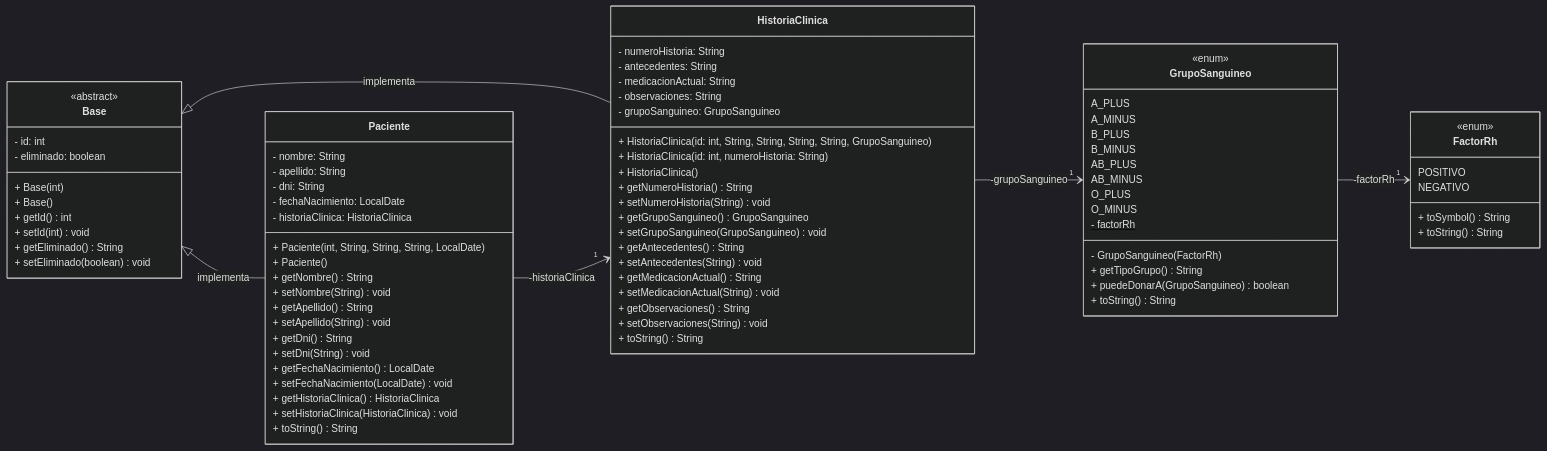
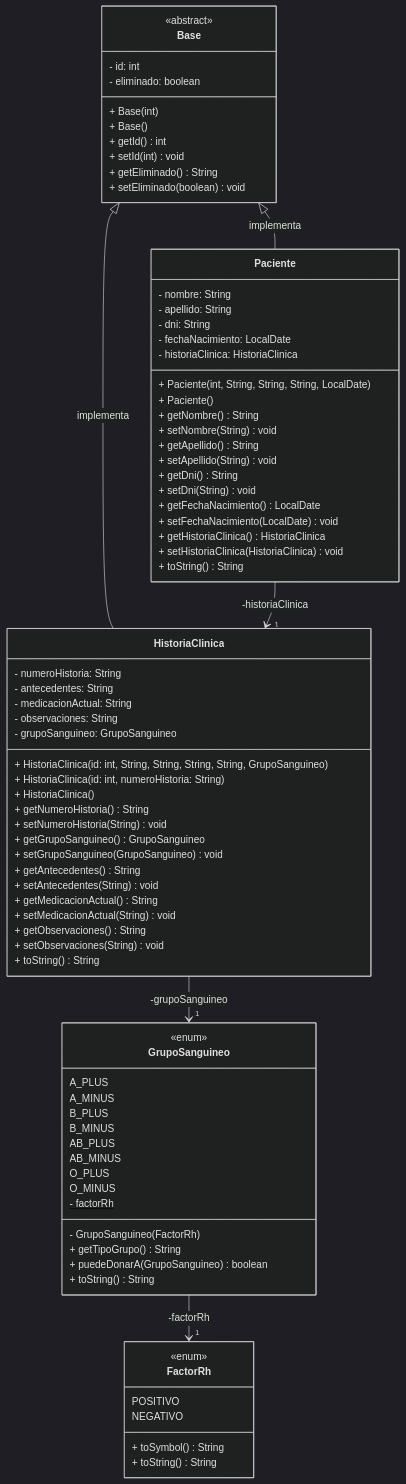
Before and after one commit to Gerolupo12/paciente-historia-cliente: the first of 2 diagrams in README.md, drawn with Mermaid (dark theme). The commit also changed other lines of this file and 4 other files, not shown here.

Commit message:
Normalizar tablas y actualizar diagramas

````diff
--- a/README.md
+++ b/README.md
@@ -56,6 +56,6 @@
 ```mermaid
     classDiagram
-        direction LR
+        direction TB
             class Base {
                 - id: int
                 - eliminado: boolean
````
